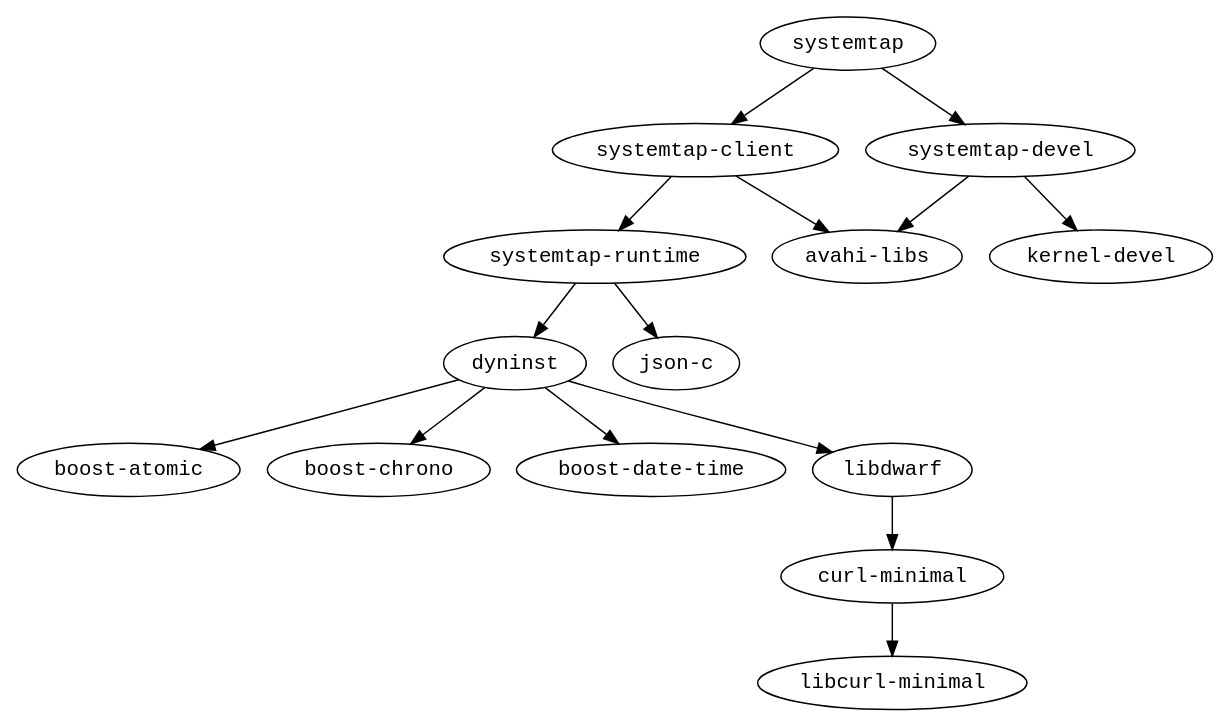
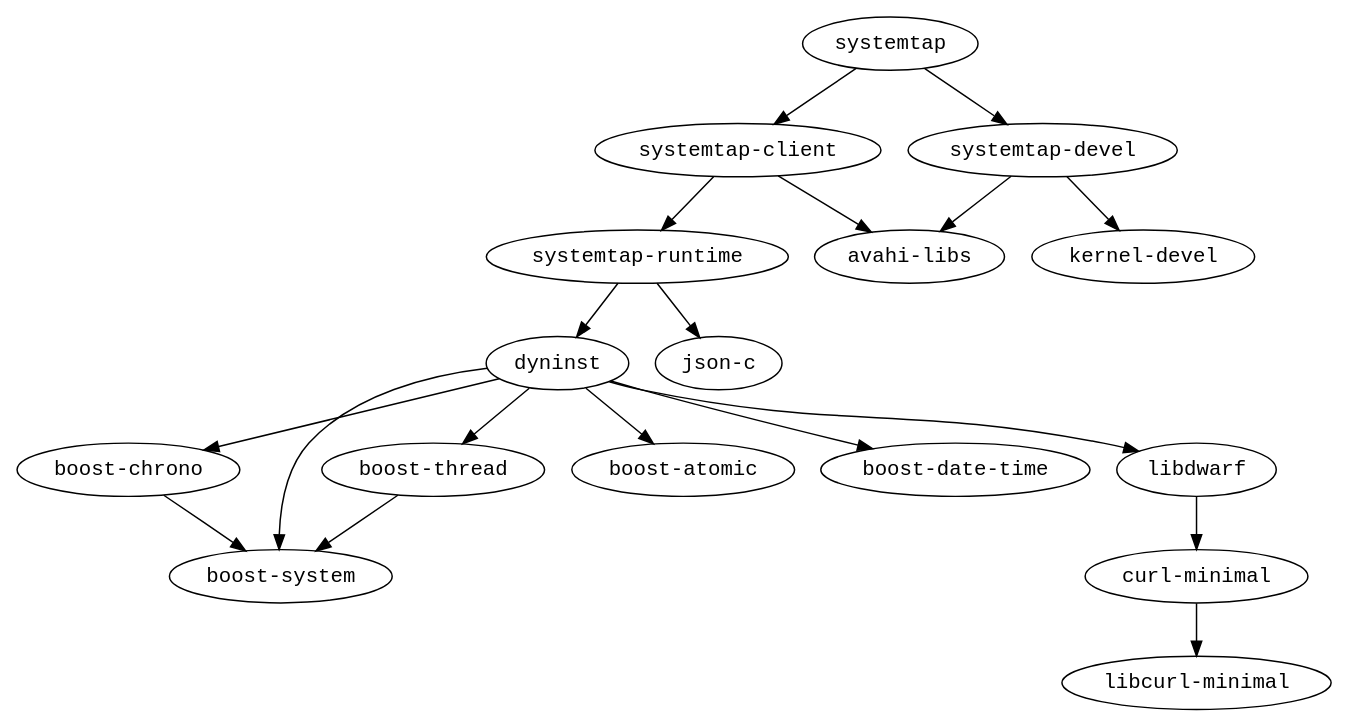
Before and after one commit to fedora-modularity/dependency-report: the diagram in modules/systemtap/x86_64/graph.dot, drawn with Graphviz. The commit also changed 1721 other files, not shown here.

```diff
--- a/modules/systemtap/x86_64/graph.dot
+++ b/modules/systemtap/x86_64/graph.dot
@@ -1,17 +1,21 @@
 strict digraph G {
 node [fontname=monospace];
+  "boost-chrono" -> "boost-system";
+  "boost-thread" -> "boost-system";
   "curl-minimal" -> "libcurl-minimal";
   "dyninst" -> "boost-atomic";
   "dyninst" -> "boost-chrono";
   "dyninst" -> "boost-date-time";
+  "dyninst" -> "boost-system";
+  "dyninst" -> "boost-thread";
   "dyninst" -> "libdwarf";
   "libdwarf" -> "curl-minimal";
   "systemtap-client" -> "avahi-libs";
   "systemtap-client" -> "systemtap-runtime";
   "systemtap-devel" -> "avahi-libs";
   "systemtap-devel" -> "kernel-devel";
   "systemtap-runtime" -> "dyninst";
   "systemtap-runtime" -> "json-c";
   "systemtap" -> "systemtap-client";
   "systemtap" -> "systemtap-devel";
 }
```
